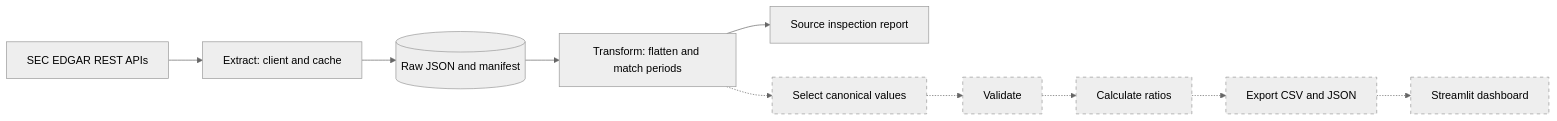
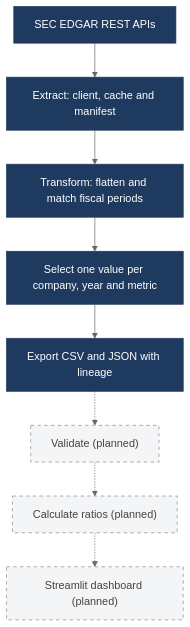
The diagram in README.md (Y0sola/finflow), drawn with Mermaid (neutral theme) before and after one commit. The commit also changed other lines of this file and 10 other files, not shown here.

First line of the commit message:
Add Phase 2: canonical value selection and CSV exports

````diff
--- a/README.md
+++ b/README.md
@@ -118,14 +123,14 @@
 ```mermaid
-flowchart LR
-    A[SEC EDGAR REST APIs] --> B[Extract: client and cache]
-    B --> M[(Raw JSON and manifest)]
-    M --> C[Transform: flatten and match periods]
-    C --> I[Source inspection report]
-    C -.-> S[Select canonical values]
-    S -.-> V[Validate]
-    V -.-> F[Calculate ratios]
-    F -.-> X[Export CSV and JSON]
-    X -.-> D[Streamlit dashboard]
-    classDef planned stroke-dasharray: 5 5
-    class S,V,F,X,D planned
+flowchart TD
+    A["SEC EDGAR REST APIs"] --> B["Extract: client, cache and manifest"]
+    B --> C["Transform: flatten and match fiscal periods"]
+    C --> S["Select one value per company, year and metric"]
+    S --> X["Export CSV and JSON with lineage"]
+    X -.-> V["Validate (planned)"]
+    V -.-> F["Calculate ratios (planned)"]
+    F -.-> D["Streamlit dashboard (planned)"]
+    classDef done fill:#1f3a5f,color:#ffffff,stroke:#1f3a5f
+    classDef planned fill:#f4f5f7,color:#444444,stroke:#888888,stroke-dasharray:5 5
+    class A,B,C,S,X done
+    class V,F,D planned
 ```
````
